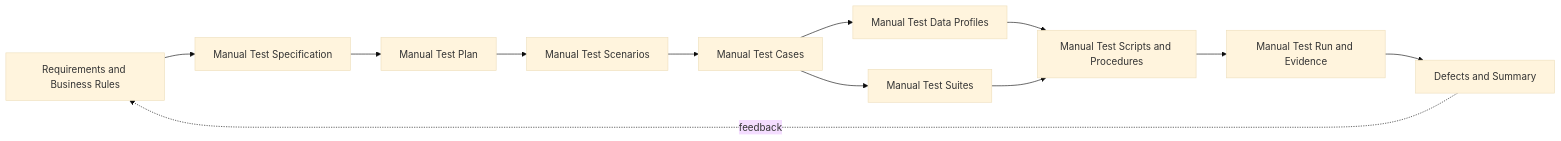
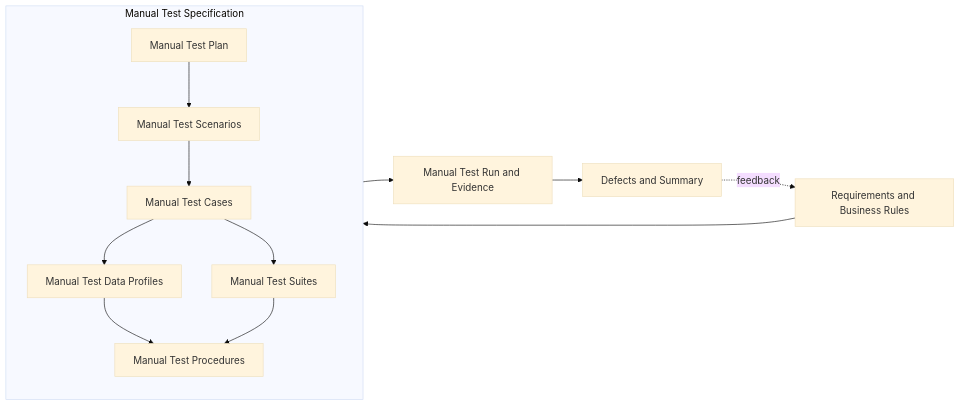
The diagram in docs/manual-testing-lifecycle.md (sanyoii/cex-market-data-quality-lab), drawn with Mermaid (base theme) before and after one commit. The commit also changed other lines of this file and 24 other files, not shown here.

````diff
--- a/docs/manual-testing-lifecycle.md
+++ b/docs/manual-testing-lifecycle.md
@@ -7,14 +7,20 @@
 ```mermaid
 flowchart LR
-    R["Requirements and Business Rules"] --> S["Manual Test Specification"]
-    S --> P["Manual Test Plan"]
-    P --> N["Manual Test Scenarios"]
-    N --> C["Manual Test Cases"]
-    C --> D["Manual Test Data Profiles"]
-    C --> U["Manual Test Suites"]
-    D --> X["Manual Test Scripts and Procedures"]
-    U --> X
-    X --> E["Manual Test Run and Evidence"]
+    R["Requirements and Business Rules"] --> S
+    subgraph S["Manual Test Specification"]
+        P["Manual Test Plan"]
+        N["Manual Test Scenarios"]
+        C["Manual Test Cases"]
+        D["Manual Test Data Profiles"]
+        U["Manual Test Suites"]
+        X["Manual Test Procedures"]
+        P --> N --> C
+        C --> D
+        C --> U
+        D --> X
+        U --> X
+    end
+    S --> E["Manual Test Run and Evidence"]
     E --> F["Defects and Summary"]
     F -. feedback .-> R
 ```
````
